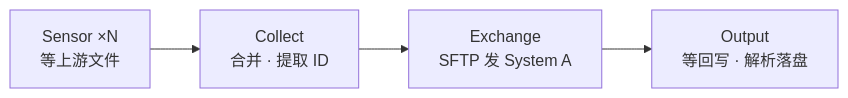
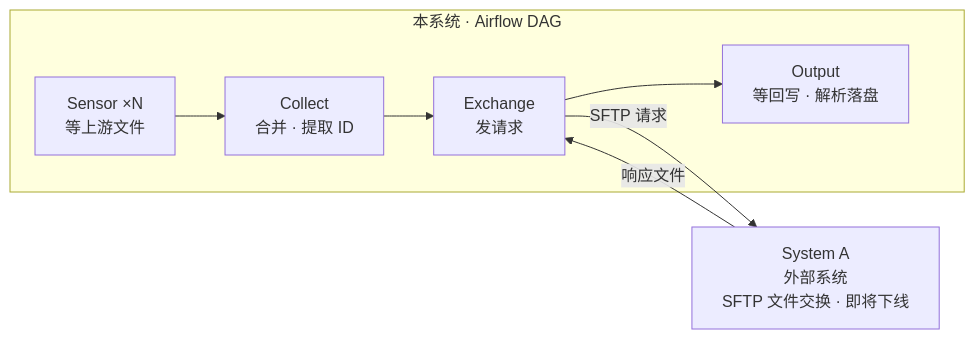
The first of 2 diagrams in design/security-id-migration/2026-11-03-系统架构-design.md (owengoodluck/docs-workbench), drawn with Mermaid before and after one commit. The commit also changed other lines of this file, not shown here.

First line of the commit message:
refactor(design): 将 System A / B 提升为系统边界外的独立节点

````diff
--- a/design/security-id-migration/2026-11-03-系统架构-design.md
+++ b/design/security-id-migration/2026-11-03-系统架构-design.md
@@ -48,6 +48,10 @@
 ```mermaid
 flowchart LR
-    S["Sensor ×N<br/>等上游文件"] --> C["Collect<br/>合并 · 提取 ID"]
-    C --> X["Exchange<br/>SFTP 发 System A"]
-    X --> O["Output<br/>等回写 · 解析落盘"]
+    subgraph SYS["本系统 · Airflow DAG"]
+        S["Sensor ×N<br/>等上游文件"] --> C["Collect<br/>合并 · 提取 ID"]
+        C --> X["Exchange<br/>发请求"]
+        X --> O["Output<br/>等回写 · 解析落盘"]
+    end
+    X -- "SFTP 请求" --> A["System A<br/>外部系统<br/>SFTP 文件交换 · 即将下线"]
+    A -- "响应文件" --> X
 ```
````
